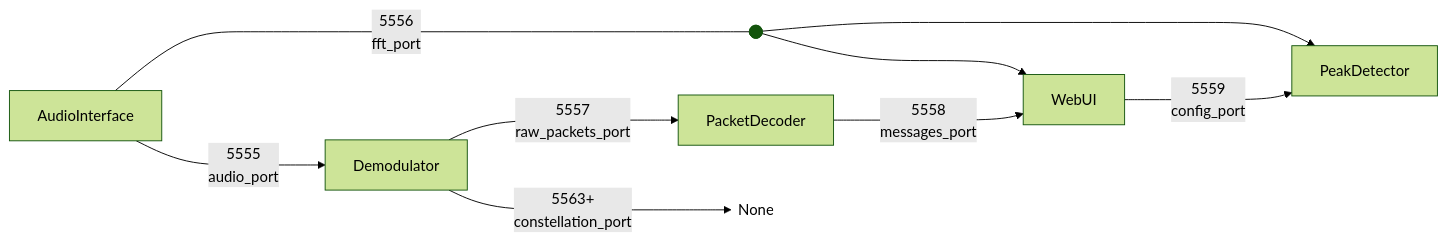
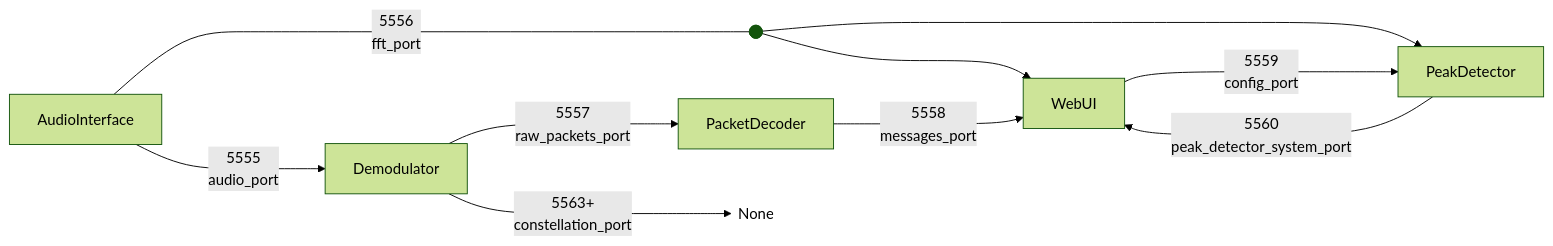
The diagram in docs/port-architecture.md (BimBim134/vibe-audioModem), drawn with Mermaid (forest theme) before and after one commit. The commit also changed other lines of this file and 4 other files, not shown here.

````diff
--- a/docs/port-architecture.md
+++ b/docs/port-architecture.md
@@ -15,11 +16,12 @@
 ```mermaid
 flowchart LR
 AudioInterface --->|5555<br>audio_port| Demodulator
 port5556@{shape: f-circ}
 AudioInterface ---|5556<br>fft_port| port5556
 port5556       ---> WebUI & PeakDetector
 Demodulator    --->|5557<br>raw_packets_port| PacketDecoder
 PacketDecoder  --->|5558<br>messages_port| WebUI
 WebUI          --->|5559<br>config_port| PeakDetector
+PeakDetector   --->|5560<br>peak_detector_system_port| WebUI
 Demodulator    --->|5563+<br>constellation_port| None@{shape: text}
 ```
````
